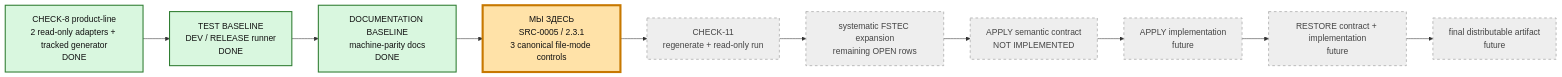
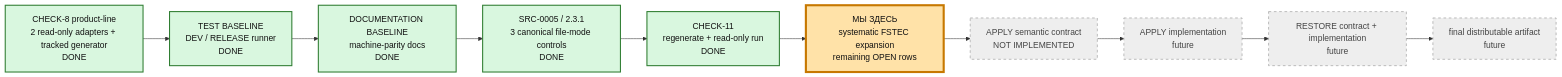
One commit to rasav65/SecureLinux-Policy changed the sixth of 6 diagrams in docs/PROJECT-MAP-v3.md. Above: the diagram before and after it, drawn with Mermaid. The commit also changed other lines of this file and 35 other files, not shown here.

Commit message:
fstec: закрыть SRC-0005 тремя canonical controls

````diff
--- a/docs/PROJECT-MAP-v3.md
+++ b/docs/PROJECT-MAP-v3.md
@@ -297,19 +297,19 @@
 ```mermaid
 flowchart LR
     P1["CHECK-8 product-line<br/>2 read-only adapters + tracked generator<br/>DONE"]:::closed
     P2["TEST BASELINE<br/>DEV / RELEASE runner<br/>DONE"]:::closed
     P3["DOCUMENTATION BASELINE<br/>machine-parity docs<br/>DONE"]:::closed
-    P4["МЫ ЗДЕСЬ<br/>SRC-0005 / 2.3.1<br/>3 canonical file-mode controls"]:::current
-    P5["CHECK-11<br/>regenerate + read-only run"]:::future
-    P6["systematic FSTEC expansion<br/>remaining OPEN rows"]:::future
+    P4["SRC-0005 / 2.3.1<br/>3 canonical file-mode controls<br/>DONE"]:::closed
+    P5["CHECK-11<br/>regenerate + read-only run<br/>DONE"]:::closed
+    P6["МЫ ЗДЕСЬ<br/>systematic FSTEC expansion<br/>remaining OPEN rows"]:::current
     P7["APPLY semantic contract<br/>NOT IMPLEMENTED"]:::future
     P8["APPLY implementation<br/>future"]:::future
     P9["RESTORE contract + implementation<br/>future"]:::future
     P10["final distributable artifact<br/>future"]:::future
 
     P1 --> P2 --> P3 --> P4 --> P5 --> P6 --> P7 --> P8 --> P9 --> P10
 
     classDef closed fill:#d9f7df,stroke:#2f7d32,color:#111,stroke-width:2px;
     classDef current fill:#ffe2a8,stroke:#c77800,color:#111,stroke-width:4px;
     classDef future fill:#eeeeee,stroke:#888,color:#444,stroke-dasharray: 5 5;
 ```
````
